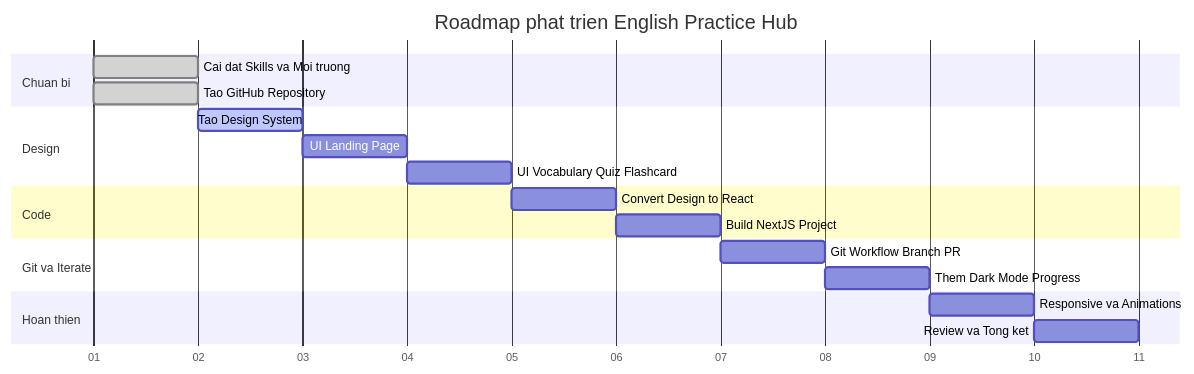
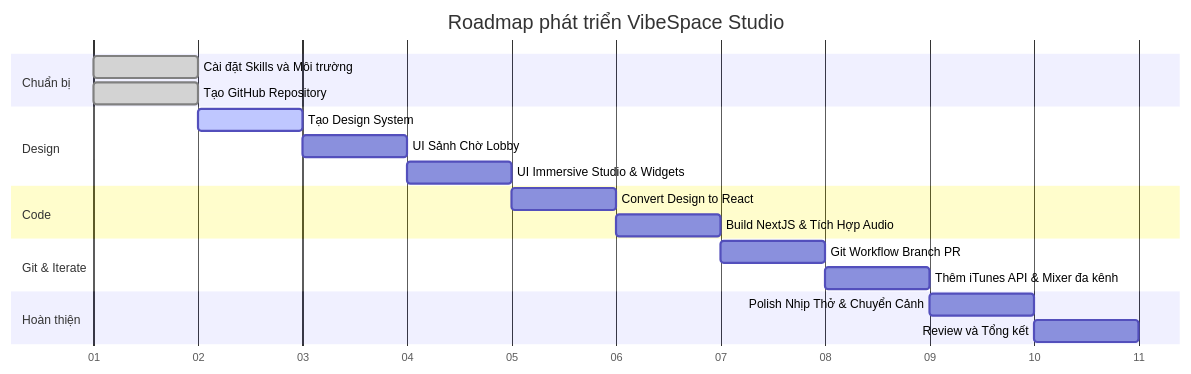
The sixth of 6 diagrams in docs/section-07-vibe-coding/lesson-01-vibe-coding-overview.md (thanhmati/antigravity-vibe-coding-course), drawn with Mermaid before and after one commit. The commit also changed other lines of this file and 5 other files, not shown here.

````diff
--- a/docs/section-07-vibe-coding/lesson-01-vibe-coding-overview.md
+++ b/docs/section-07-vibe-coding/lesson-01-vibe-coding-overview.md
@@ -318,27 +307,27 @@
 ```mermaid
 gantt
-    title Roadmap phat trien English Practice Hub
+    title Roadmap phát triển VibeSpace Studio
     dateFormat YYYY-MM-DD
     axisFormat %d
 
-    section Chuan bi
-    Cai dat Skills va Moi truong    :done, a1, 2026-01-01, 1d
-    Tao GitHub Repository           :done, a2, 2026-01-01, 1d
+    section Chuẩn bị
+    Cài đặt Skills và Môi trường     :done, a1, 2026-01-01, 1d
+    Tạo GitHub Repository            :done, a2, 2026-01-01, 1d
 
     section Design
-    Tao Design System               :active, b1, 2026-01-02, 1d
-    UI Landing Page                 :b2, 2026-01-03, 1d
-    UI Vocabulary Quiz Flashcard    :b3, 2026-01-04, 1d
+    Tạo Design System                :active, b1, 2026-01-02, 1d
+    UI Sảnh Chờ Lobby                :b2, 2026-01-03, 1d
+    UI Immersive Studio & Widgets    :b3, 2026-01-04, 1d
 
     section Code
-    Convert Design to React         :c1, 2026-01-05, 1d
-    Build NextJS Project            :c2, 2026-01-06, 1d
+    Convert Design to React          :c1, 2026-01-05, 1d
+    Build NextJS & Tích Hợp Audio    :c2, 2026-01-06, 1d
 
-    section Git va Iterate
-    Git Workflow Branch PR          :d1, 2026-01-07, 1d
-    Them Dark Mode Progress         :d2, 2026-01-08, 1d
+    section Git & Iterate
+    Git Workflow Branch PR           :d1, 2026-01-07, 1d
+    Thêm iTunes API & Mixer đa kênh  :d2, 2026-01-08, 1d
 
-    section Hoan thien
-    Responsive va Animations        :e1, 2026-01-09, 1d
-    Review va Tong ket              :e2, 2026-01-10, 1d
+    section Hoàn thiện
+    Polish Nhịp Thở & Chuyển Cảnh     :e1, 2026-01-09, 1d
+    Review và Tổng kết               :e2, 2026-01-10, 1d
 ```
````
